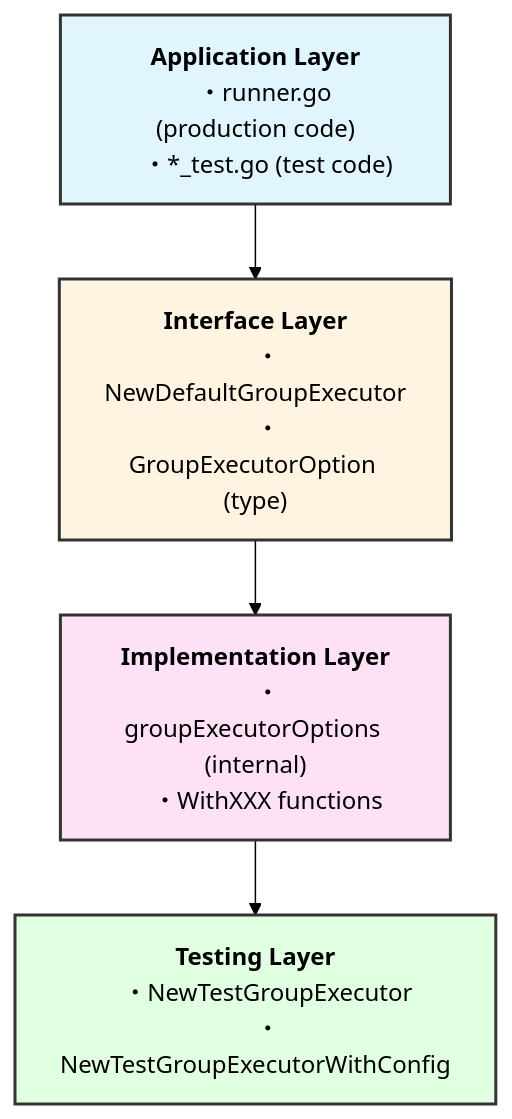
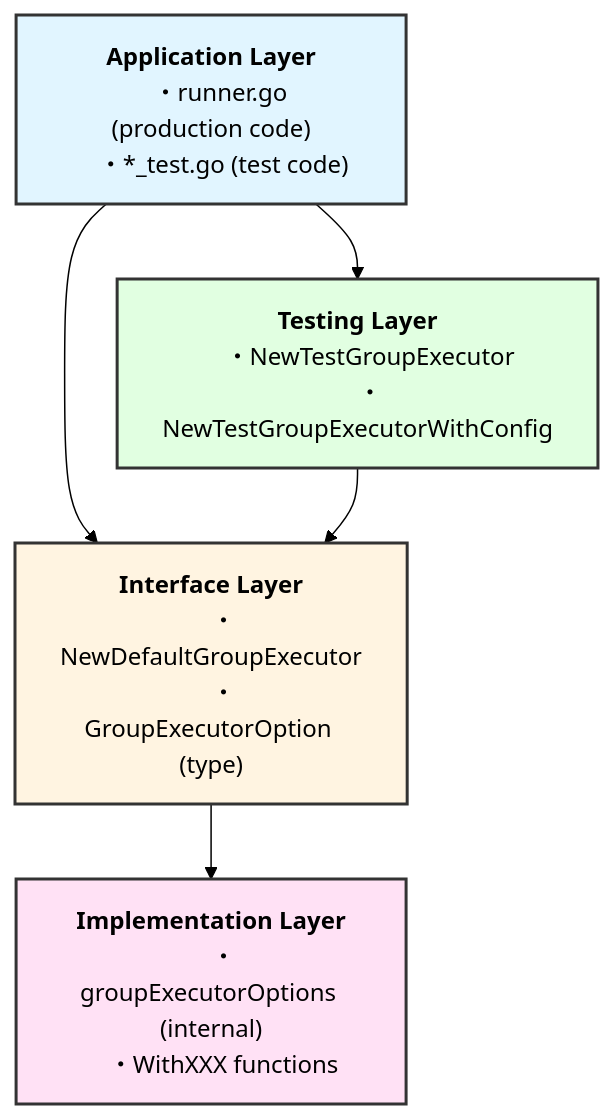
The first of 2 diagrams in docs/tasks/0045_group_executor_refactoring/02_architecture.md (isseis/go-safe-cmd-runner), drawn with Mermaid (forest theme) before and after one commit. The commit also changed other lines of this file and 1 other file, not shown here.

````diff
--- a/docs/tasks/0045_group_executor_refactoring/02_architecture.md
+++ b/docs/tasks/0045_group_executor_refactoring/02_architecture.md
@@ -73,27 +73,28 @@
 ```mermaid
 flowchart TD
     AL["<b>Application Layer</b>
     ・runner.go (production code)
     ・*_test.go (test code)"]
 
     IL["<b>Interface Layer</b>
     ・NewDefaultGroupExecutor
     ・GroupExecutorOption (type)"]
 
     IML["<b>Implementation Layer</b>
     ・groupExecutorOptions (internal)
     ・WithXXX functions"]
 
     TL["<b>Testing Layer</b>
     ・NewTestGroupExecutor
     ・NewTestGroupExecutorWithConfig"]
 
     AL --> IL
+    AL --> TL
     IL --> IML
-    IML --> TL
+    TL --> IL
 
     style AL fill:#e1f5ff,stroke:#333,stroke-width:2px
     style IL fill:#fff4e1,stroke:#333,stroke-width:2px
     style IML fill:#ffe1f5,stroke:#333,stroke-width:2px
     style TL fill:#e1ffe1,stroke:#333,stroke-width:2px
 ```
````
